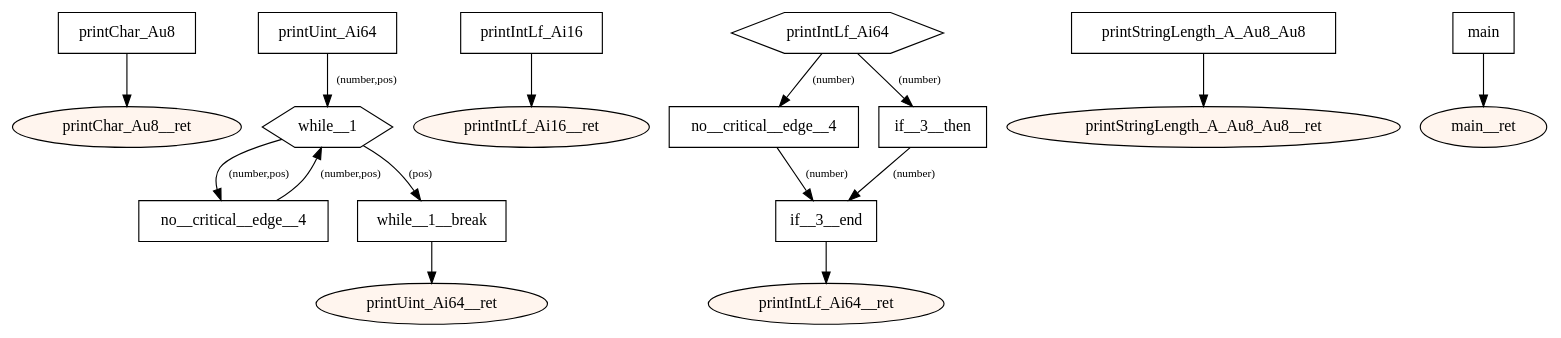
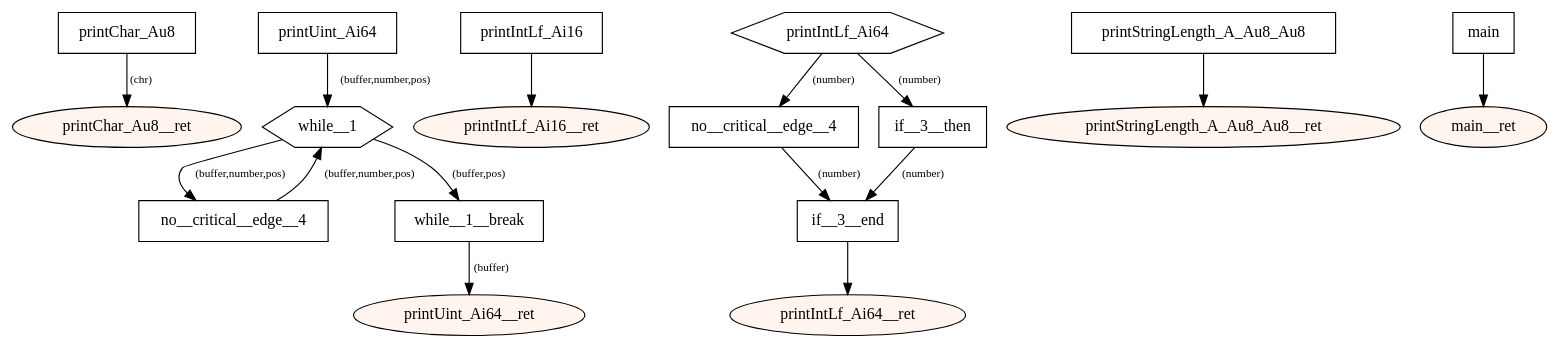
Before and after one commit to tmssngr/tinyC: the diagram in src/main/resources-test/compiler/windows/arithmetics.dot, drawn with Graphviz. The commit also changed 171 other files, not shown here.

```diff
--- a/src/main/resources-test/compiler/windows/arithmetics.dot
+++ b/src/main/resources-test/compiler/windows/arithmetics.dot
@@ -1,47 +1,47 @@
 digraph program {
 	edge[fontsize="10pt"];
 	subgraph fn_printChar_Au8 {
 		BasicBlock_0_printChar_Au8 [label="printChar_Au8",shape=box];
-		BasicBlock_0_printChar_Au8 -> BasicBlock_0_printChar_Au8__ret;
+		BasicBlock_0_printChar_Au8 -> BasicBlock_0_printChar_Au8__ret [label="(chr)"];
 		BasicBlock_0_printChar_Au8__ret [label="printChar_Au8__ret",shape=oval,style=filled,fillcolor="#fff5ee"];
 	}
 	subgraph fn_printUint_Ai64 {
 		BasicBlock_1_printUint_Ai64 [label="printUint_Ai64",shape=box];
-		BasicBlock_1_printUint_Ai64 -> BasicBlock_1_while__1 [label="(number,pos)"];
+		BasicBlock_1_printUint_Ai64 -> BasicBlock_1_while__1 [label="(buffer,number,pos)"];
 		BasicBlock_1_no__critical__edge__4 [label="no__critical__edge__4",shape=box];
-		BasicBlock_1_no__critical__edge__4 -> BasicBlock_1_while__1 [label="(number,pos)"];
+		BasicBlock_1_no__critical__edge__4 -> BasicBlock_1_while__1 [label="(buffer,number,pos)"];
 		BasicBlock_1_while__1 [label="while__1",shape=hexagon];
-		BasicBlock_1_while__1 -> BasicBlock_1_no__critical__edge__4 [label="(number,pos)"];
-		BasicBlock_1_while__1 -> BasicBlock_1_while__1__break [label="(pos)"];
+		BasicBlock_1_while__1 -> BasicBlock_1_no__critical__edge__4 [label="(buffer,number,pos)"];
+		BasicBlock_1_while__1 -> BasicBlock_1_while__1__break [label="(buffer,pos)"];
 		BasicBlock_1_while__1__break [label="while__1__break",shape=box];
-		BasicBlock_1_while__1__break -> BasicBlock_1_printUint_Ai64__ret;
+		BasicBlock_1_while__1__break -> BasicBlock_1_printUint_Ai64__ret [label="(buffer)"];
 		BasicBlock_1_printUint_Ai64__ret [label="printUint_Ai64__ret",shape=oval,style=filled,fillcolor="#fff5ee"];
 	}
 	subgraph fn_printIntLf_Ai16 {
 		BasicBlock_2_printIntLf_Ai16 [label="printIntLf_Ai16",shape=box];
 		BasicBlock_2_printIntLf_Ai16 -> BasicBlock_2_printIntLf_Ai16__ret;
 		BasicBlock_2_printIntLf_Ai16__ret [label="printIntLf_Ai16__ret",shape=oval,style=filled,fillcolor="#fff5ee"];
 	}
 	subgraph fn_printIntLf_Ai64 {
 		BasicBlock_3_printIntLf_Ai64 [label="printIntLf_Ai64",shape=hexagon];
 		BasicBlock_3_printIntLf_Ai64 -> BasicBlock_3_no__critical__edge__4 [label="(number)"];
 		BasicBlock_3_printIntLf_Ai64 -> BasicBlock_3_if__3__then [label="(number)"];
 		BasicBlock_3_no__critical__edge__4 [label="no__critical__edge__4",shape=box];
 		BasicBlock_3_no__critical__edge__4 -> BasicBlock_3_if__3__end [label="(number)"];
 		BasicBlock_3_if__3__then [label="if__3__then",shape=box];
 		BasicBlock_3_if__3__then -> BasicBlock_3_if__3__end [label="(number)"];
 		BasicBlock_3_if__3__end [label="if__3__end",shape=box];
 		BasicBlock_3_if__3__end -> BasicBlock_3_printIntLf_Ai64__ret;
 		BasicBlock_3_printIntLf_Ai64__ret [label="printIntLf_Ai64__ret",shape=oval,style=filled,fillcolor="#fff5ee"];
 	}
 	subgraph fn_printStringLength_A_Au8_Au8 {
 		BasicBlock_4_printStringLength_A_Au8_Au8 [label="printStringLength_A_Au8_Au8",shape=box];
 		BasicBlock_4_printStringLength_A_Au8_Au8 -> BasicBlock_4_printStringLength_A_Au8_Au8__ret;
 		BasicBlock_4_printStringLength_A_Au8_Au8__ret [label="printStringLength_A_Au8_Au8__ret",shape=oval,style=filled,fillcolor="#fff5ee"];
 	}
 	subgraph fn_main {
 		BasicBlock_5_main [label="main",shape=box];
 		BasicBlock_5_main -> BasicBlock_5_main__ret;
 		BasicBlock_5_main__ret [label="main__ret",shape=oval,style=filled,fillcolor="#fff5ee"];
 	}
 }
```
